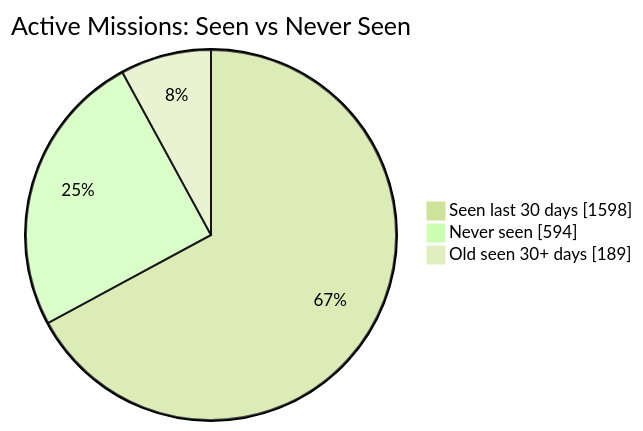
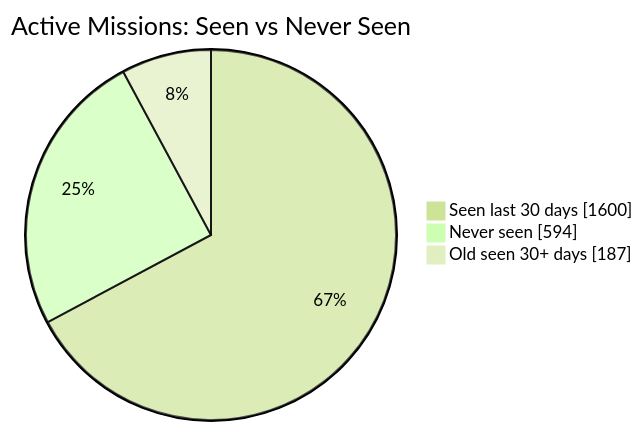
Before and after one commit to MeldkamerspelGameTeam/active-missions: the first of 2 diagrams in README.md, drawn with Mermaid (forest theme). The commit also changed other lines of this file and 2 other files, not shown here.

````diff
--- a/README.md
+++ b/README.md
@@ -34,7 +34,7 @@
 ```mermaid
 pie showData
     title Active Missions: Seen vs Never Seen
-    "Seen last 30 days" : 1598
+    "Seen last 30 days" : 1600
     "Never seen" : 594
-    "Old seen 30+ days" : 189
+    "Old seen 30+ days" : 187
 ```
````
